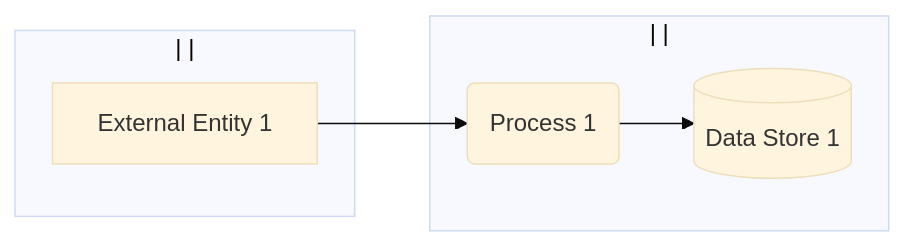
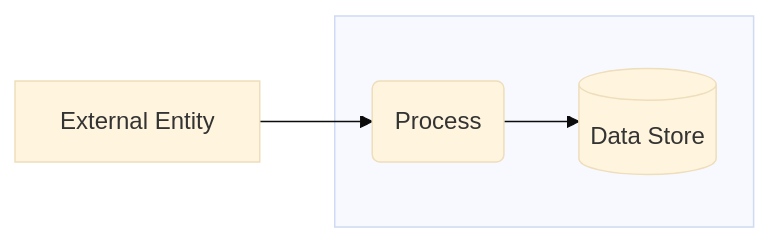
The diagram in assets/threat-model-template.md (tmart234/threat-model-claude-skill), drawn with Mermaid (base theme) before and after one commit. The commit also changed other lines of this file and 17 other files, not shown here.

````diff
--- a/assets/threat-model-template.md
+++ b/assets/threat-model-template.md
@@ -68,14 +43,9 @@
 ```mermaid
 flowchart LR
-    subgraph ZoneA["<owner> | <env-type> | <trust>"]
-        P1(Process 1)
-        DS1[(Data Store 1)]
+    subgraph Zone["<trust zone>"]
+        P1(Process)
+        DS1[(Data Store)]
     end
-
-    subgraph ZoneB["<owner> | <env-type> | <trust>"]
-        EE1[External Entity 1]
-    end
-
-    EE1 -- "<protocol + auth>" --> P1
+    EE1[External Entity] -- "<protocol + auth>" --> P1
     P1 -- "<protocol + auth>" --> DS1
 ```
````
